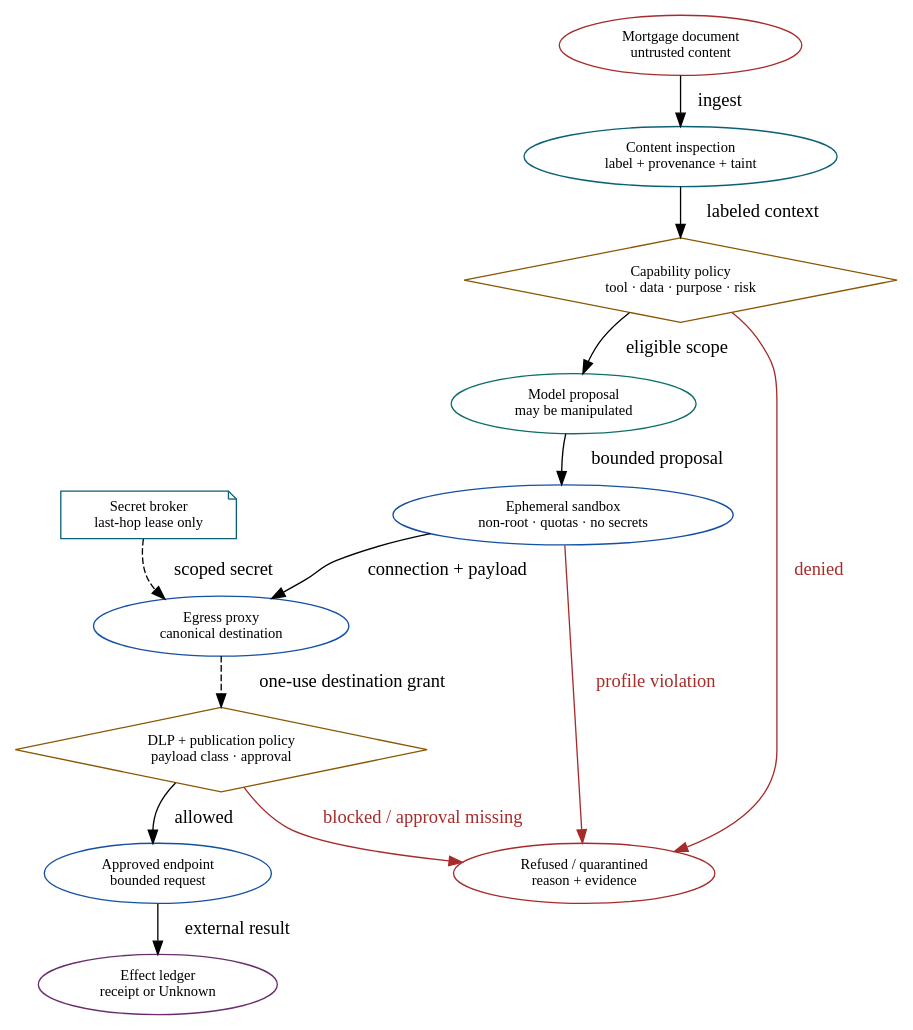
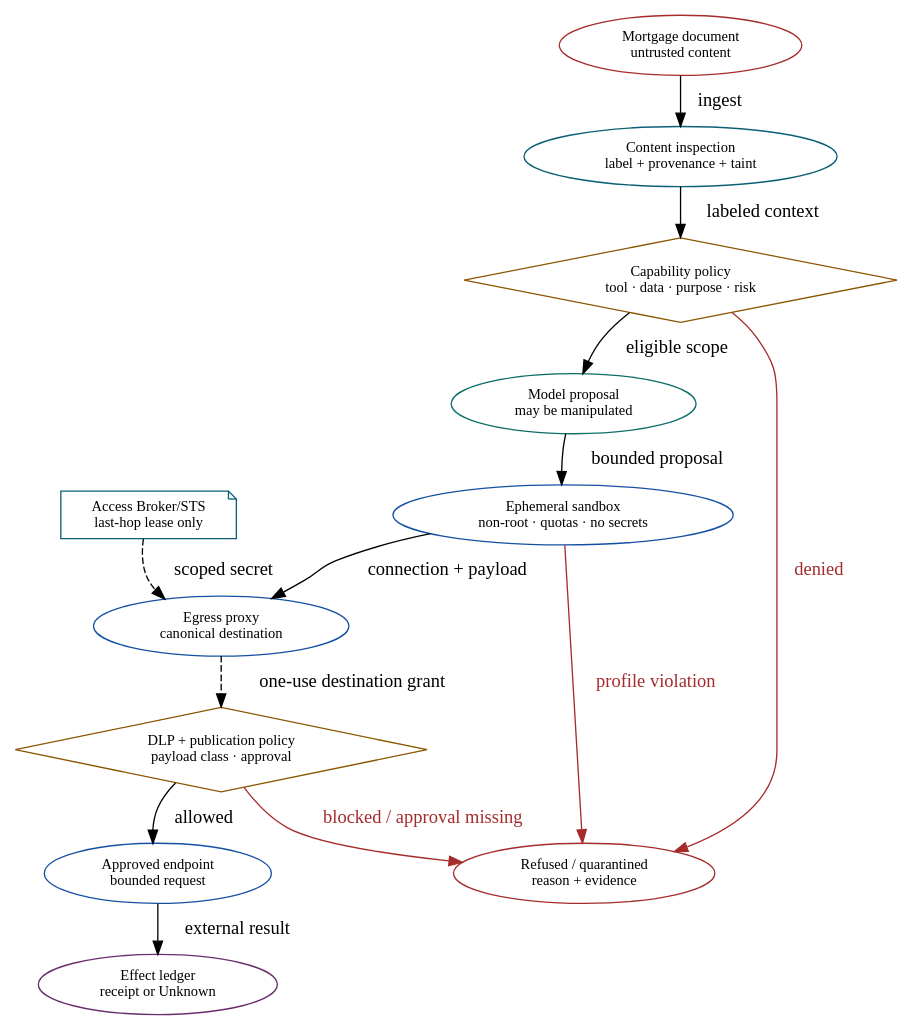
One commit to rrahimi-uci/building-enterprise-general-intelligence changed the diagram in assets/diagrams/src/sandbox-egress.gv. Above: the diagram before and after it, drawn with Graphviz. The commit also changed 37 other files, not shown here.

```diff
--- a/assets/diagrams/src/sandbox-egress.gv
+++ b/assets/diagrams/src/sandbox-egress.gv
@@ -1,36 +1,36 @@
 // Figure 23-1 — Containment across execution and network boundaries.
 // Message: manipulated content can influence a proposal, but it cannot grant
 // itself capabilities, credentials, destinations, or committed effects.
 digraph sandbox_egress {
   rankdir = TB
   graph [ranksep=0.34, nodesep=0.28]
   node [width=1.85, fontsize=11]
 
   artifact [label="Mortgage document\nuntrusted content", fillcolor="#FCECEC", color="#A62C2C"]
   inspect [label="Content inspection\nlabel + provenance + taint", fillcolor="#E6F5F9", color="#0B6076"]
   capability [label="Capability policy\ntool · data · purpose · risk", shape=diamond,
               fillcolor="#FFF4DF", color="#8A5600", width=2.1]
   model [label="Model proposal\nmay be manipulated", fillcolor="#E7F5F3", color="#0D6E69"]
   sandbox [label="Ephemeral sandbox\nnon-root · quotas · no secrets", fillcolor="#EAF3FB", color="#1450A3"]
   egress [label="Egress proxy\ncanonical destination", fillcolor="#EAF3FB", color="#1450A3"]
   dlp [label="DLP + publication policy\npayload class · approval", shape=diamond,
        fillcolor="#FFF4DF", color="#8A5600", width=2.1]
-  credential [label="Secret broker\nlast-hop lease only", shape=note,
+  credential [label="Access Broker/STS\nlast-hop lease only", shape=note,
               fillcolor="#E6F5F9", color="#0B6076"]
   endpoint [label="Approved endpoint\nbounded request", fillcolor="#EDF3FC", color="#1450A3"]
   effect [label="Effect ledger\nreceipt or Unknown", fillcolor="#F7ECF8", color="#6A2E6E"]
   refused [label="Refused / quarantined\nreason + evidence", fillcolor="#FCECEC", color="#A62C2C"]
 
   artifact -> inspect [label="  ingest  "]
   inspect -> capability [label="  labeled context  "]
   capability -> model [label="  eligible scope  "]
   capability -> refused [label="  denied  ", color="#A62C2C", fontcolor="#A62C2C"]
   model -> sandbox [label="  bounded proposal  "]
   sandbox -> egress [label="  connection + payload  "]
   sandbox -> refused [label="  profile violation  ", color="#A62C2C", fontcolor="#A62C2C"]
   egress -> dlp [label="  one-use destination grant  ", style=dashed]
   credential -> egress [label="  scoped secret  ", style=dashed]
   dlp -> endpoint [label="  allowed  "]
   dlp -> refused [label="  blocked / approval missing  ", color="#A62C2C", fontcolor="#A62C2C"]
   endpoint -> effect [label="  external result  "]
 }
```
